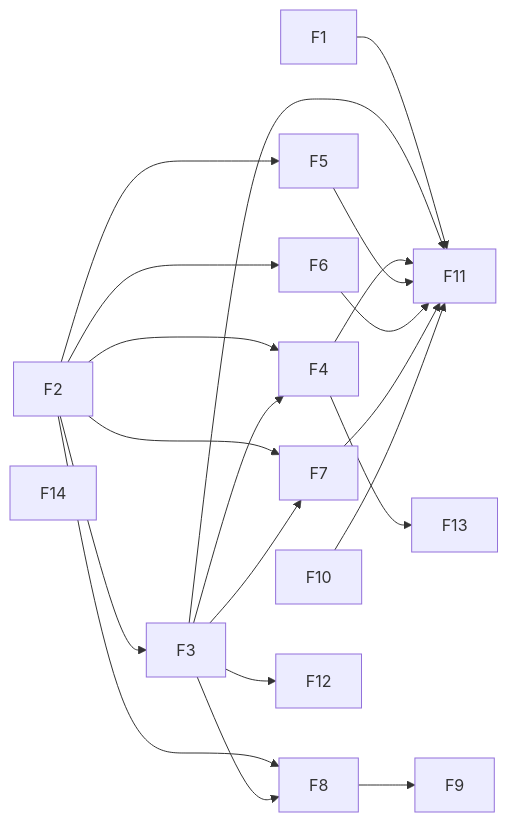
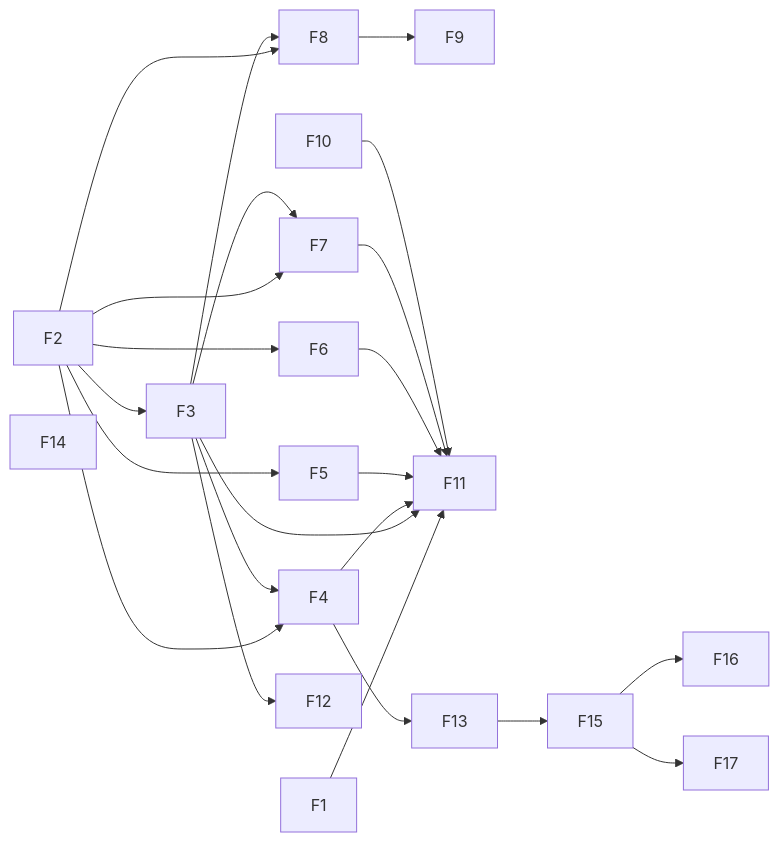
One commit to jhoblitt/rgw-go changed the third of 10 diagrams in docs/superpowers/plans/2026-10-13-phase-2/dependencies.md. Above: the diagram before and after it, drawn with Mermaid. The commit also changed other lines of this file, not shown here.

First line of the commit message:
docs(plan): regenerate the dependency graph

````diff
--- a/docs/superpowers/plans/2026-10-13-phase-2/dependencies.md
+++ b/docs/superpowers/plans/2026-10-13-phase-2/dependencies.md
@@ -67,50 +67,59 @@
 ```mermaid
 flowchart LR
   t_F1["F1"]
   t_F2["F2"]
   t_F3["F3"]
   t_F4["F4"]
   t_F5["F5"]
   t_F6["F6"]
   t_F7["F7"]
   t_F8["F8"]
   t_F9["F9"]
   t_F10["F10"]
   t_F11["F11"]
   t_F12["F12"]
   t_F13["F13"]
   t_F14["F14"]
+  t_F15["F15"]
+  t_F16["F16"]
+  t_F17["F17"]
   t_F2 --> t_F3
   t_F2 --> t_F4
   t_F3 --> t_F4
   t_F2 --> t_F5
   t_F2 --> t_F6
   t_F2 --> t_F7
   t_F3 --> t_F7
   t_F2 --> t_F8
   t_F3 --> t_F8
   t_F8 --> t_F9
   t_F1 --> t_F11
   t_F3 --> t_F11
   t_F4 --> t_F11
   t_F5 --> t_F11
   t_F6 --> t_F11
   t_F7 --> t_F11
   t_F10 --> t_F11
   t_F3 --> t_F12
   t_F4 --> t_F13
+  t_F13 --> t_F15
+  t_F15 --> t_F16
+  t_F15 --> t_F17
   click t_F1 href "https://github.com/jhoblitt/rgw-go/blob/main/docs/superpowers/plans/2026-10-13-phase-2/F-floor-19.2.7.md#task-f1-docs-the-specs-squid-floor-is-v1927" "F1: docs, the spec's Squid floor is v19.2.7"
   click t_F2 href "https://github.com/jhoblitt/rgw-go/blob/main/docs/superpowers/plans/2026-10-13-phase-2/F-floor-19.2.7.md#task-f2-docs-the-registry-at-v1927" "F2: docs, the registry at v19.2.7"
   click t_F3 href "https://github.com/jhoblitt/rgw-go/blob/main/docs/superpowers/plans/2026-10-13-phase-2/F-floor-19.2.7.md#task-f3-docs-the-exclusions-at-v1927" "F3: docs, the exclusions at v19.2.7"
   click t_F4 href "https://github.com/jhoblitt/rgw-go/blob/main/docs/superpowers/plans/2026-10-13-phase-2/F-floor-19.2.7.md#task-f4-auth-an-unsigned-content-type-and-x-amz-content-sha256-once-shown-safe" "F4: auth, an unsigned Content-Type and x-amz-content-sha256, once shown safe"
   click t_F5 href "https://github.com/jhoblitt/rgw-go/blob/main/docs/superpowers/plans/2026-10-13-phase-2/F-floor-19.2.7.md#task-f5-driver-a-re-sent-completion-answers-the-stored-etag-on-both-releases" "F5: driver, a re-sent completion answers the stored ETag on both releases"
   click t_F6 href "https://github.com/jhoblitt/rgw-go/blob/main/docs/superpowers/plans/2026-10-13-phase-2/F-floor-19.2.7.md#task-f6-memstore-the-same-for-the-in-memory-store" "F6: memstore, the same for the in-memory store"
   click t_F7 href "https://github.com/jhoblitt/rgw-go/blob/main/docs/superpowers/plans/2026-10-13-phase-2/F-floor-19.2.7.md#task-f7-driver-a-reshard-guard-that-meets-a-missing-shard-re-reads-the-bucket-and-retries" "F7: driver, a reshard guard that meets a missing shard re-reads the bucket and retries"
   click t_F8 href "https://github.com/jhoblitt/rgw-go/blob/main/docs/superpowers/plans/2026-10-13-phase-2/F-floor-19.2.7.md#task-f8-meta-rgwobjectlock-typed-and-the-bucket-instance-json-carries-obj_lock" "F8: meta, RGWObjectLock typed, and the bucket instance JSON carries obj_lock"
   click t_F9 href "https://github.com/jhoblitt/rgw-go/blob/main/docs/superpowers/plans/2026-10-13-phase-2/F-floor-19.2.7.md#task-f9-driver-a-bucket-instance-put-takes-a-documents-obj_lock" "F9: driver, a bucket instance put takes a document's obj_lock"
   click t_F10 href "https://github.com/jhoblitt/rgw-go/blob/main/docs/superpowers/plans/2026-10-13-phase-2/F-floor-19.2.7.md#task-f10-hackgoldens-v1927s-ceph-dencoder-by-default" "F10: hack/goldens, v19.2.7's ceph-dencoder by default"
   click t_F11 href "https://github.com/jhoblitt/rgw-go/blob/main/docs/superpowers/plans/2026-10-13-phase-2/F-floor-19.2.7.md#task-f11-ops-and-parity-squids-pin-bumped-and-radosgws-squid-ledgers-re-recorded" "F11: ops and parity, Squid's pin bumped and radosgw's Squid ledgers re-recorded"
   click t_F12 href "https://github.com/jhoblitt/rgw-go/blob/main/docs/superpowers/plans/2026-10-13-phase-2/F-floor-19.2.7.md#task-f12-driver-guardheads-instance-exemption-on-both-releases" "F12: driver, guardHead's instance exemption on both releases"
   click t_F13 href "https://github.com/jhoblitt/rgw-go/blob/main/docs/superpowers/plans/2026-10-13-phase-2/F-floor-19.2.7.md#task-f13-auth-every-prefix-init_meta_info-renames-must-be-signed" "F13: auth, every prefix init_meta_info renames must be signed"
   click t_F14 href "https://github.com/jhoblitt/rgw-go/blob/main/docs/superpowers/plans/2026-10-13-phase-2/F-floor-19.2.7.md#task-f14-op-a-completemultipartupload-naming-a-version-answers-501" "F14: op, a CompleteMultipartUpload naming a version answers 501"
+  click t_F15 href "https://github.com/jhoblitt/rgw-go/blob/main/docs/superpowers/plans/2026-10-13-phase-2/F-floor-19.2.7.md#task-f15-auth-sigv2-refuses-a-renamed-header-carrying-an-x-amz-directive" "F15: auth, SigV2 refuses a renamed header carrying an x-amz directive"
+  click t_F16 href "https://github.com/jhoblitt/rgw-go/blob/main/docs/superpowers/plans/2026-10-13-phase-2/F-floor-19.2.7.md#task-f16-s3-createbucket-reads-its-object-lock-header-from-the-renamed-map" "F16: s3, CreateBucket reads its object lock header from the renamed map"
+  click t_F17 href "https://github.com/jhoblitt/rgw-go/blob/main/docs/superpowers/plans/2026-10-13-phase-2/F-floor-19.2.7.md#task-f17-auth-a-sigv2-presigned-request-means-the-same-wherever-its-headerquery-split-falls" "F17: auth, a SigV2 presigned request means the same wherever its header/query split falls"
 ```
````
